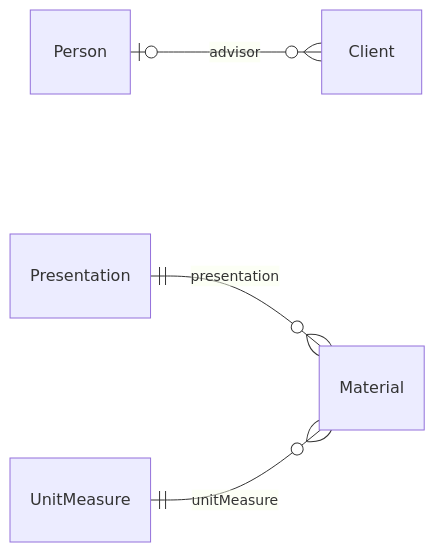
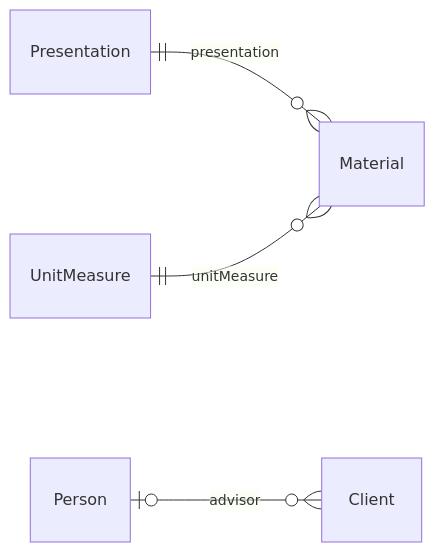
One commit to gpgsistemas01/nexus changed diagram 18 of 26 in docs/architecture/views/logical/data-and-persistence/generated/database-schema.md. Above: the diagram before and after it, drawn with Mermaid. The commit also changed other lines of this file and 3 other files, not shown here.

Commit message:
docs: corregir relaciones del ER y retirar capturas pendientes

````diff
--- a/docs/architecture/views/logical/data-and-persistence/generated/database-schema.md
+++ b/docs/architecture/views/logical/data-and-persistence/generated/database-schema.md
@@ -603,7 +756,7 @@
 ```mermaid
 erDiagram
     direction LR
-    Person o|--o{ Client : "advisor"
     Presentation ||--o{ Material : "presentation"
     UnitMeasure ||--o{ Material : "unitMeasure"
+    Person o|--o{ Client : "advisor"
 ```
````
